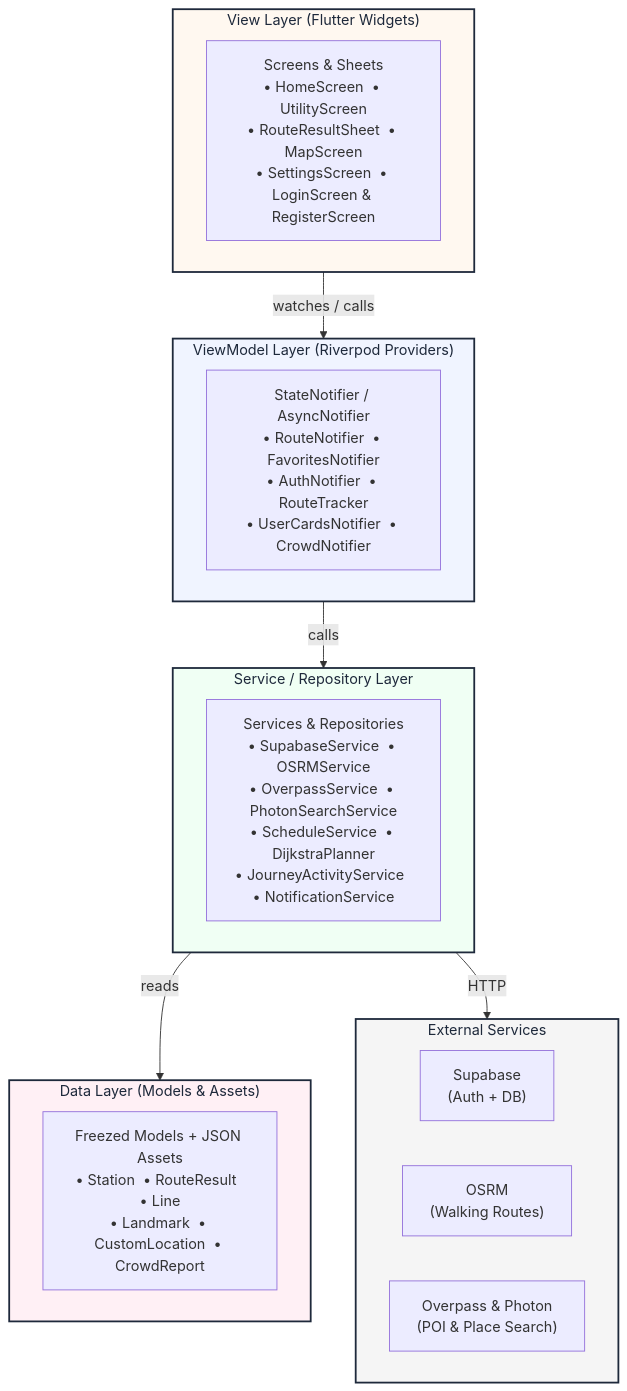
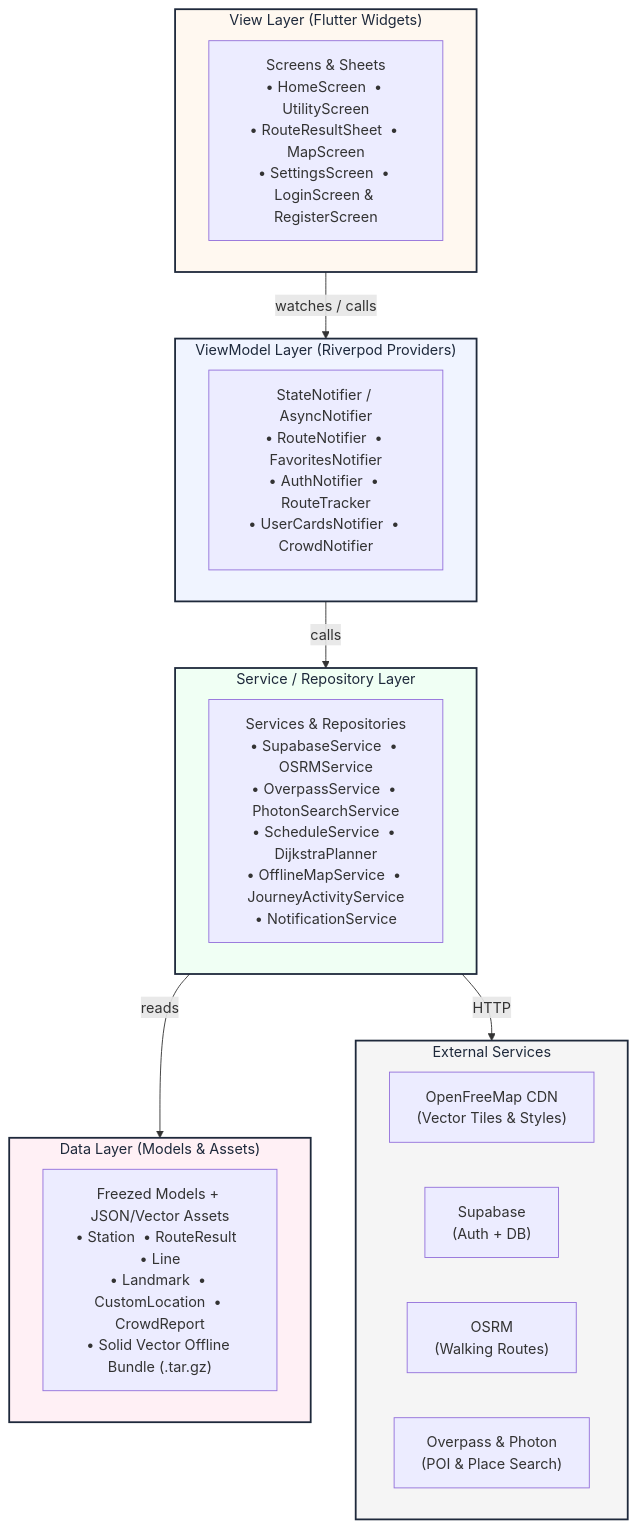
The diagram in README.md (Full-Stack-boi/Bangkok-Transit-Planner), drawn with Mermaid before and after one commit. The commit also changed other lines of this file and 10 other files, not shown here.

First line of the commit message:
- Migrate map provider from Carto to OpenFreeMap with offline vector bundle

````diff
--- a/README.md
+++ b/README.md
@@ -133,34 +135,35 @@
 ```mermaid
 flowchart TD
     subgraph UI ["View Layer (Flutter Widgets)"]
         style UI fill:#fff8f0,stroke:#1e293b,stroke-width:2px,color:#1e293b
         SCREENS["Screens & Sheets\n• HomeScreen  • UtilityScreen\n• RouteResultSheet  • MapScreen\n• SettingsScreen  • LoginScreen & RegisterScreen"]
     end
 
     subgraph VM ["ViewModel Layer (Riverpod Providers)"]
         style VM fill:#f0f4ff,stroke:#1e293b,stroke-width:2px,color:#1e293b
         PROVIDERS["StateNotifier / AsyncNotifier\n• RouteNotifier  • FavoritesNotifier\n• AuthNotifier  • RouteTracker\n• UserCardsNotifier  • CrowdNotifier"]
     end
 
     subgraph SVC ["Service / Repository Layer"]
         style SVC fill:#f0fff4,stroke:#1e293b,stroke-width:2px,color:#1e293b
-        SERVICES["Services & Repositories\n• SupabaseService  • OSRMService\n• OverpassService  • PhotonSearchService\n• ScheduleService  • DijkstraPlanner\n• JourneyActivityService  • NotificationService"]
+        SERVICES["Services & Repositories\n• SupabaseService  • OSRMService\n• OverpassService  • PhotonSearchService\n• ScheduleService  • DijkstraPlanner\n• OfflineMapService  • JourneyActivityService\n• NotificationService"]
     end
 
     subgraph DATA ["Data Layer (Models & Assets)"]
         style DATA fill:#fff0f5,stroke:#1e293b,stroke-width:2px,color:#1e293b
-        MODELS["Freezed Models + JSON Assets\n• Station  • RouteResult  • Line\n• Landmark  • CustomLocation  • CrowdReport"]
+        MODELS["Freezed Models + JSON/Vector Assets\n• Station  • RouteResult  • Line\n• Landmark  • CustomLocation  • CrowdReport\n• Solid Vector Offline Bundle (.tar.gz)"]
     end
 
     subgraph EXT ["External Services"]
         style EXT fill:#f5f5f5,stroke:#1e293b,stroke-width:2px,color:#1e293b
+        OFM["OpenFreeMap CDN\n(Vector Tiles & Styles)"]
         SUP["Supabase\n(Auth + DB)"]
         OSRM["OSRM\n(Walking Routes)"]
         OVP["Overpass & Photon\n(POI & Place Search)"]
     end
 
     UI -- "watches / calls" --> VM
     VM -- "calls" --> SVC
     SVC -- "reads" --> DATA
     SVC -- "HTTP" --> EXT
 ```
````
